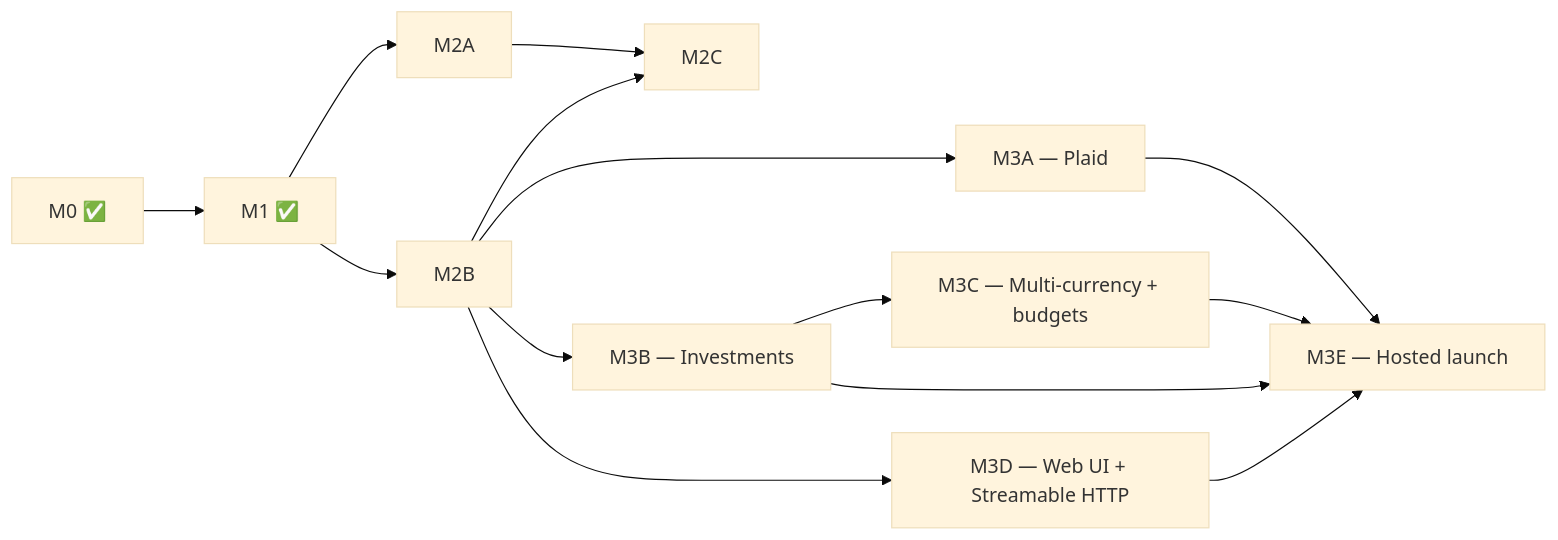
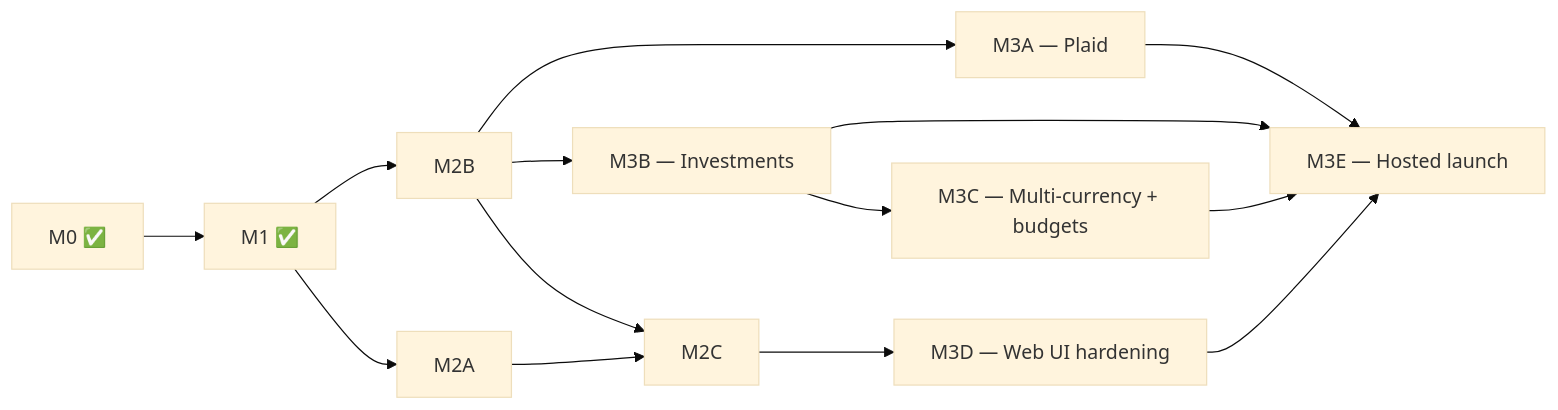
The diagram in docs/roadmap.md (bsaffel/moneybin), drawn with Mermaid (base theme) before and after one commit. The commit also changed other lines of this file and 2 other files, not shown here.

````diff
--- a/docs/roadmap.md
+++ b/docs/roadmap.md
@@ -122,27 +126,27 @@
 ```mermaid
 flowchart LR
     M0[M0 ✅]
     M1[M1 ✅]
     M2A[M2A]
     M2B[M2B]
     M2C[M2C]
     M3A[M3A — Plaid]
     M3B[M3B — Investments]
     M3C[M3C — Multi-currency + budgets]
-    M3D[M3D — Web UI + Streamable HTTP]
+    M3D[M3D — Web UI hardening]
     M3E[M3E — Hosted launch]
 
     M0 --> M1
     M1 --> M2A
     M1 --> M2B
     M2B --> M2C
     M2A --> M2C
     M2B --> M3A
     M2B --> M3B
-    M2B --> M3D
+    M2C --> M3D
     M3B --> M3C
     M3A --> M3E
     M3B --> M3E
     M3C --> M3E
     M3D --> M3E
 ```
````
